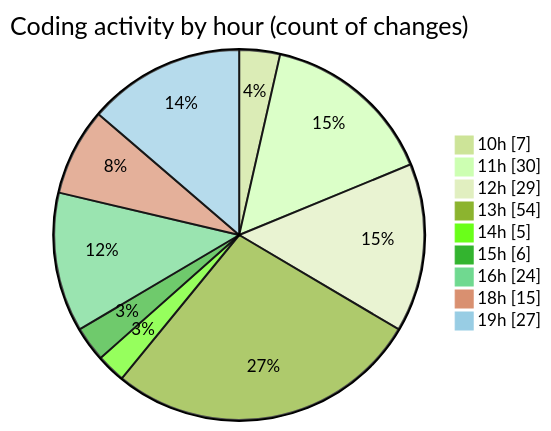
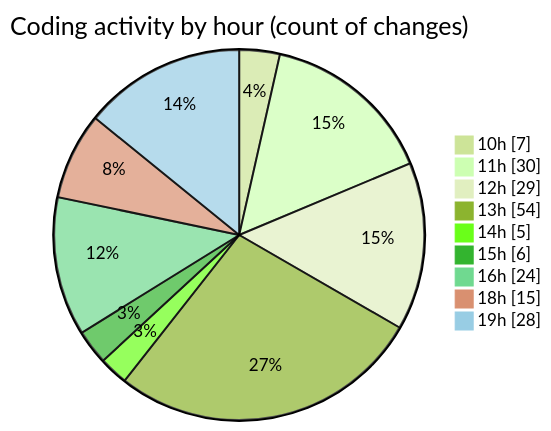
The second of 2 diagrams in 2025-06-26/cda/README.md (momahboobian/code-tracking), drawn with Mermaid (forest theme) before and after one commit. The commit also changed other lines of this file and 1 other file, not shown here.

````diff
--- a/2025-06-26/cda/README.md
+++ b/2025-06-26/cda/README.md
@@ -45,13 +45,13 @@
 ```mermaid
 pie showData
 title Coding activity by hour (count of changes)
 "10h" : 7
 "11h" : 30
 "12h" : 29
 "13h" : 54
 "14h" : 5
 "15h" : 6
 "16h" : 24
 "18h" : 15
-"19h" : 27
+"19h" : 28
 ```
````
